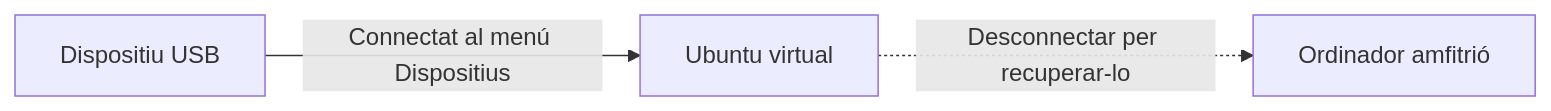
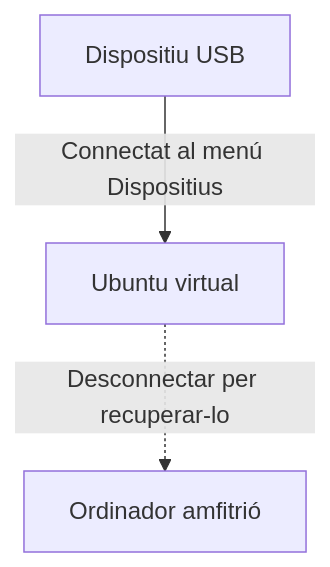
Before and after one commit to sllado1/Apunts: the third of 3 diagrams in docs/SMX/M222SO/5_VirtualBox.md, drawn with Mermaid. The commit also changed other lines of this file, not shown here.

````diff
--- a/docs/SMX/M222SO/5_VirtualBox.md
+++ b/docs/SMX/M222SO/5_VirtualBox.md
@@ -137,5 +139,5 @@
 ```mermaid
-flowchart LR
+flowchart TD
     U["Dispositiu USB"] -->|Connectat al menú Dispositius| VM["Ubuntu virtual"]
     VM -. "Desconnectar per recuperar-lo" .-> H["Ordinador amfitrió"]
 ```
````
